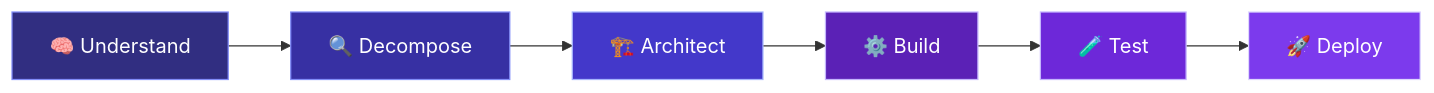
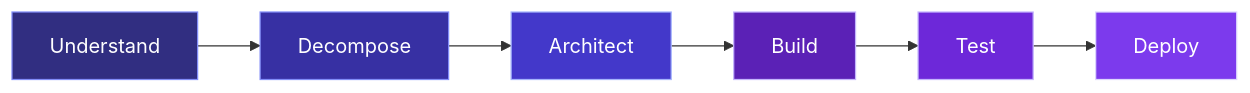
Before and after one commit to Rockyyy2312/Rockyyy2312: the fourth of 4 diagrams in README.md, drawn with Mermaid. The commit also changed other lines of this file, not shown here.

````diff
--- a/README.md
+++ b/README.md
@@ -239,10 +210,10 @@
 ```mermaid
 flowchart LR
-    A[🧠 Understand] --> B[🔍 Decompose] --> C[🏗️ Architect] --> D[⚙️ Build] --> E[🧪 Test] --> F[🚀 Deploy]
+    A["Understand"] --> B["Decompose"] --> C["Architect"] --> D["Build"] --> E["Test"] --> F["Deploy"]
     style A fill:#312e81,stroke:#818cf8,color:#fff
     style B fill:#3730a3,stroke:#818cf8,color:#fff
     style C fill:#4338ca,stroke:#a5b4fc,color:#fff
     style D fill:#5b21b6,stroke:#c4b5fd,color:#fff
     style E fill:#6d28d9,stroke:#c4b5fd,color:#fff
     style F fill:#7c3aed,stroke:#ddd6fe,color:#fff
 ```
````
